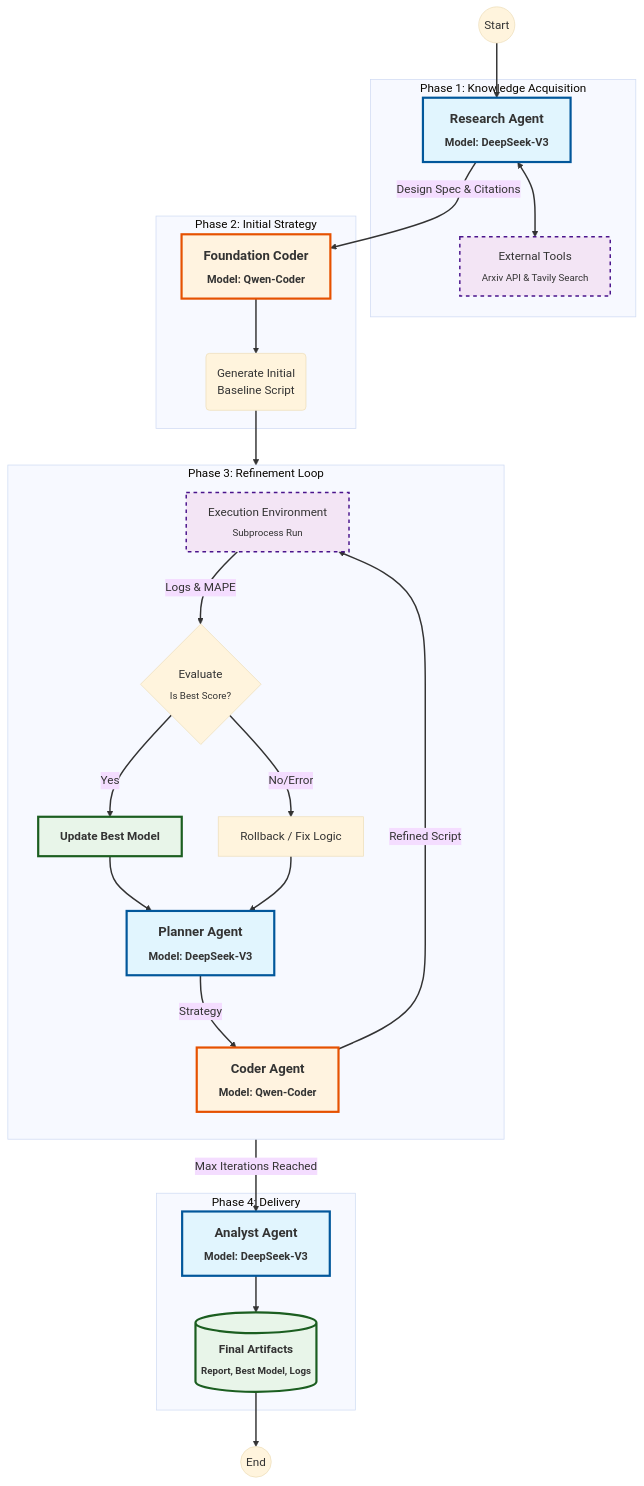
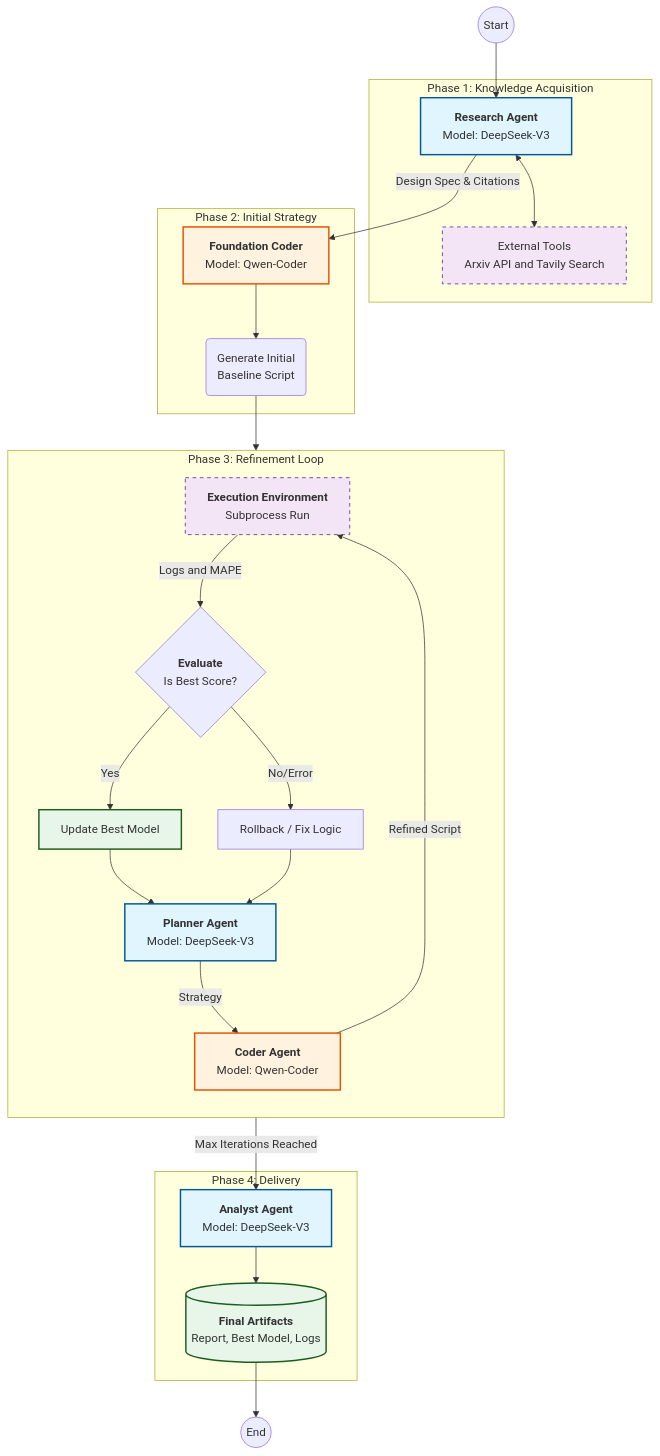
Before and after one commit to Mattis3858/MLE_star_agent: the diagram in README.md, drawn with Mermaid. The commit also changed other lines of this file, not shown here.

Commit message:
update readme system architect graph

````diff
--- a/README.md
+++ b/README.md
@@ -22,55 +22,54 @@
 ```mermaid
-%%{init: {'theme': 'base', 'themeVariables': { 'fontSize': '16px', 'fontFamily': 'arial', 'darkMode': false }}}%%
 graph TD
-    classDef reasoner fill:#e1f5fe,stroke:#01579b,stroke-width:3px,font-size:18px,font-weight:bold;
-    classDef coder fill:#fff3e0,stroke:#e65100,stroke-width:3px,font-size:18px,font-weight:bold;
-    classDef process fill:#f3e5f5,stroke:#4a148c,stroke-width:2px,stroke-dasharray: 5 5,font-size:16px;
-    classDef storage fill:#e8f5e9,stroke:#1b5e20,stroke-width:3px,font-size:16px,font-weight:bold;
+    classDef reasoner fill:#e1f5fe,stroke:#01579b,stroke-width:2px;
+    classDef coder fill:#fff3e0,stroke:#e65100,stroke-width:2px;
+    classDef process fill:#f3e5f5,stroke:#4a148c,stroke-width:1px,stroke-dasharray: 5 5;
+    classDef storage fill:#e8f5e9,stroke:#1b5e20,stroke-width:2px;
 
     Start((Start)) --> Research
 
     subgraph "Phase 1: Knowledge Acquisition"
-        Research[Research Agent<br/><sub>Model: DeepSeek-V3</sub>]:::reasoner
-        Tools[External Tools<br/><sub>Arxiv API & Tavily Search</sub>]:::process
+        Research[<b>Research Agent</b><br/>Model: DeepSeek-V3]:::reasoner
+        Tools[External Tools<br/>Arxiv API and Tavily Search]:::process
         Research <--> Tools
     end
 
     Research -->|Design Spec & Citations| Foundation
 
     subgraph "Phase 2: Initial Strategy"
-        Foundation[Foundation Coder<br/><sub>Model: Qwen-Coder</sub>]:::coder
+        Foundation[<b>Foundation Coder</b><br/>Model: Qwen-Coder]:::coder
         BaseCode(Generate Initial<br/>Baseline Script)
         Foundation --> BaseCode
     end
 
     BaseCode --> Execute
 
     subgraph "Phase 3: Refinement Loop"
         direction TB
-        Execute[Execution Environment<br/><sub>Subprocess Run</sub>]:::process
-        Execute -->|Logs & MAPE| Evaluator{Evaluate<br/><sub>Is Best Score?</sub>}
+        Execute[<b>Execution Environment</b><br/>Subprocess Run]:::process
+        Execute -->|Logs and MAPE| Evaluator{<b>Evaluate</b><br/>Is Best Score?}
         
         Evaluator -- Yes --> UpdateBest[Update Best Model]:::storage
         Evaluator -- No/Error --> Recovery[Rollback / Fix Logic]
         
         UpdateBest & Recovery --> Planner
         
-        Planner[Planner Agent<br/><sub>Model: DeepSeek-V3</sub>]:::reasoner
+        Planner[<b>Planner Agent</b><br/>Model: DeepSeek-V3]:::reasoner
         Planner -->|Strategy| Coder
         
-        Coder[Coder Agent<br/><sub>Model: Qwen-Coder</sub>]:::coder
+        Coder[<b>Coder Agent</b><br/>Model: Qwen-Coder]:::coder
         Coder -->|Refined Script| Execute
     end
 
     Evaluator -- Max Iterations Reached --> Analyst
 
     subgraph "Phase 4: Delivery"
-        Analyst[Analyst Agent<br/><sub>Model: DeepSeek-V3</sub>]:::reasoner
-        Artifacts[(Final Artifacts<br/><sub>Report, Best Model, Logs</sub>)]:::storage
+        Analyst[<b>Analyst Agent</b><br/>Model: DeepSeek-V3]:::reasoner
+        Artifacts[(<b>Final Artifacts</b><br/>Report, Best Model, Logs)]:::storage
         Analyst --> Artifacts
     end
 
     Artifacts --> End((End))
 
-    linkStyle default stroke:#333,stroke-width:2px;
+    linkStyle default stroke:#333,stroke-width:1px;
 ```
````
